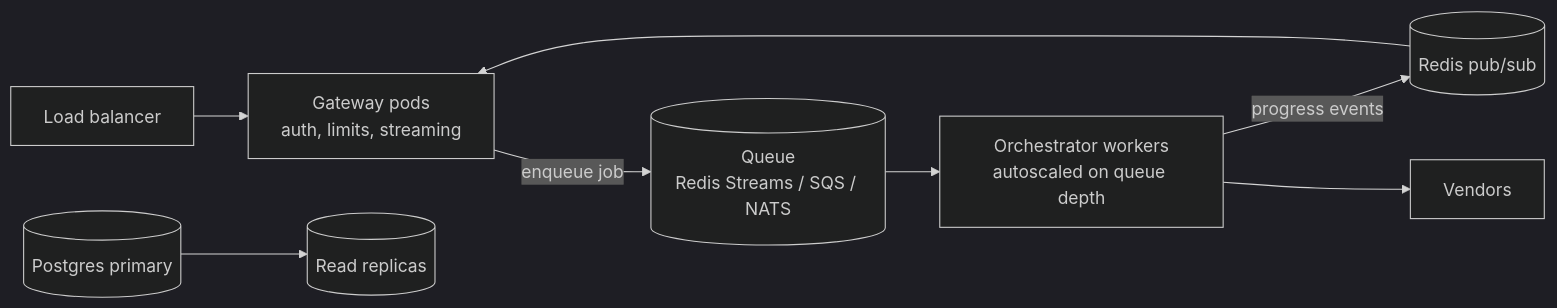
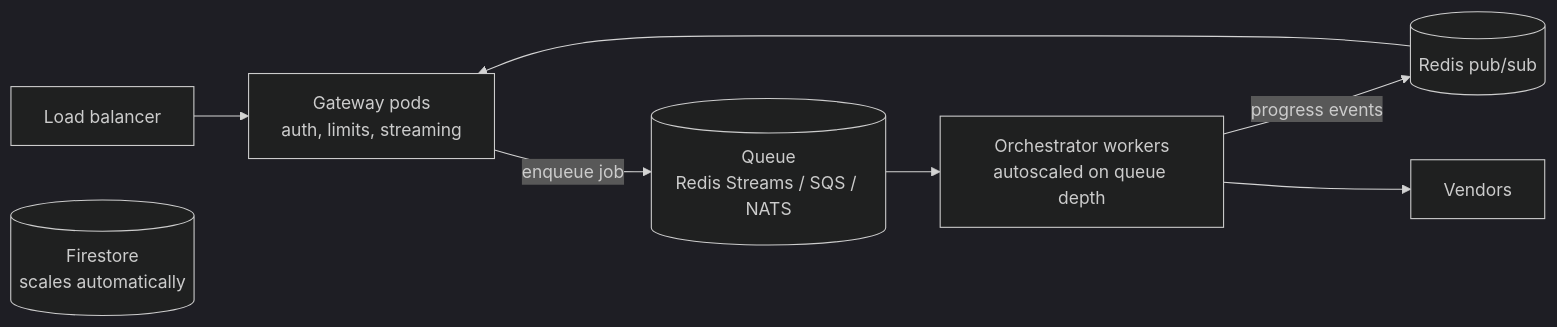
One commit to Dumpsterpog/multi-llm-architecture changed the ninth of 9 diagrams in docs/ARCHITECTURE.md. Above: the diagram before and after it, drawn with Mermaid (dark theme). The commit also changed other lines of this file and 26 other files, not shown here.

````diff
--- a/docs/ARCHITECTURE.md
+++ b/docs/ARCHITECTURE.md
@@ -413,9 +441,9 @@
 ```mermaid
 flowchart LR
   LB[Load balancer] --> GW[Gateway pods<br/>auth, limits, streaming]
   GW -- enqueue job --> Q[(Queue<br/>Redis Streams / SQS / NATS)]
   Q --> WK[Orchestrator workers<br/>autoscaled on queue depth]
   WK -- progress events --> PS[(Redis pub/sub)] --> GW
   WK --> V[Vendors]
-  PG[(Postgres primary)] --> RR[(Read replicas)]
+  FS[(Firestore<br/>scales automatically)]
 ```
````
